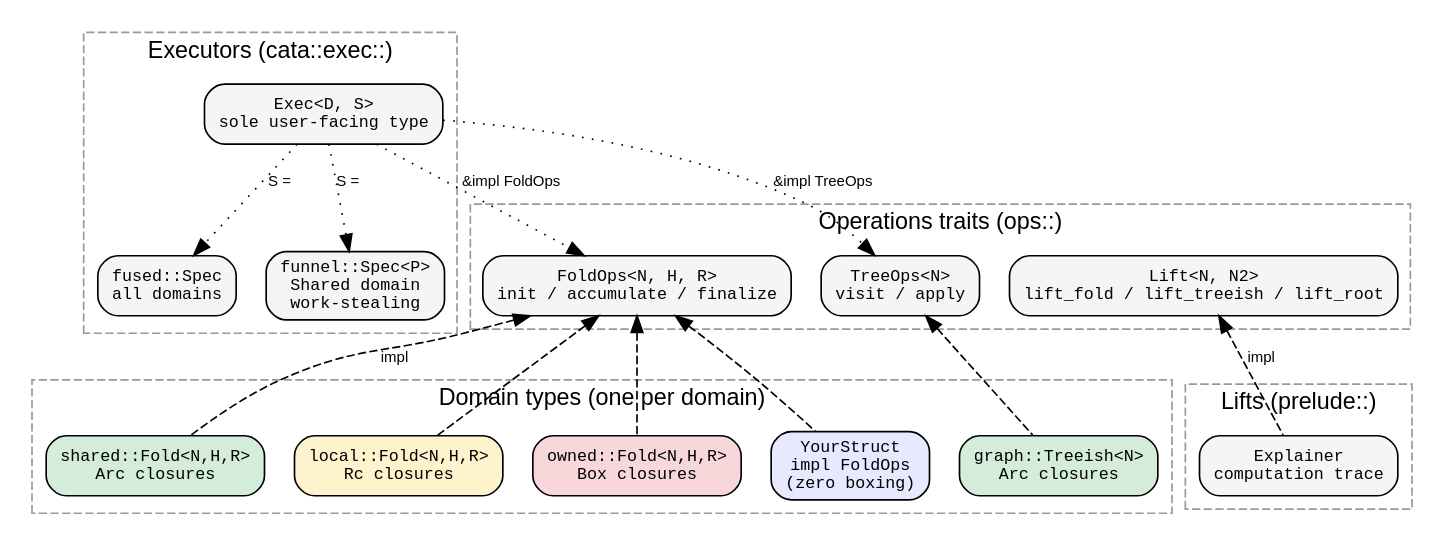
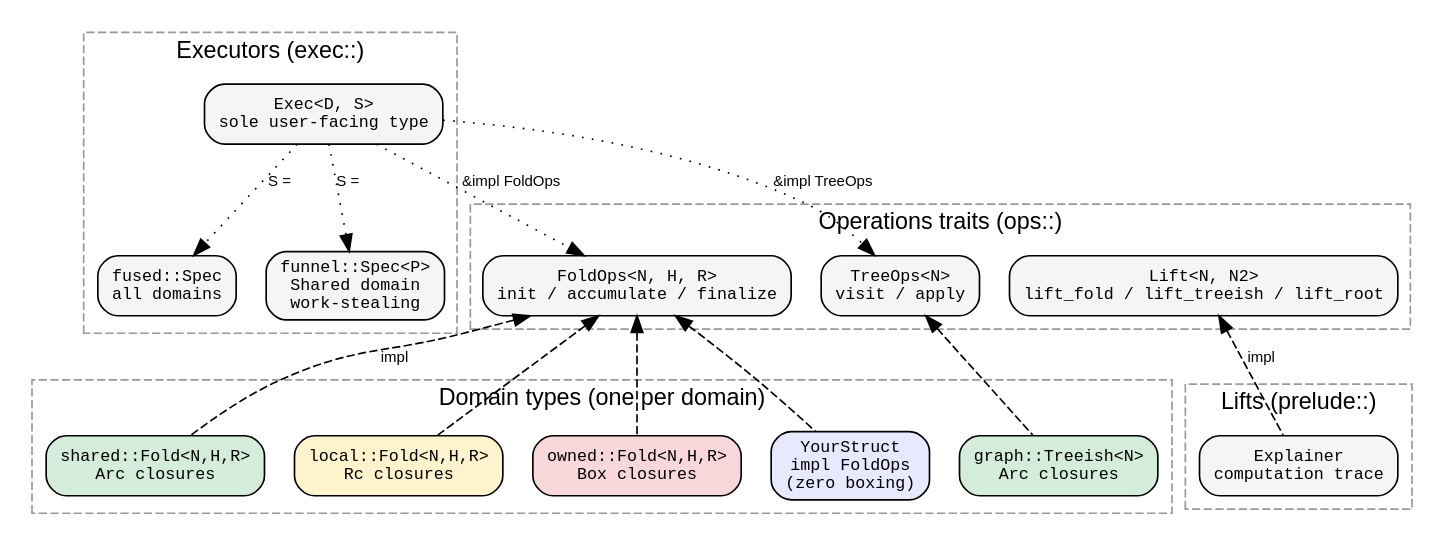
Before and after one commit to hylic-recursion/hylic-docs: the second of 3 diagrams in book/src/guides/concept_map.md, drawn with Graphviz. The commit also changed other lines of this file and 22 other files, not shown here.

````diff
--- a/book/src/guides/concept_map.md
+++ b/book/src/guides/concept_map.md
@@ -58,60 +58,60 @@
 ```dot process
 digraph {
     rankdir=TB;
     node [shape=box, style="rounded,filled", fillcolor="#f5f5f5", fontname="monospace", fontsize=10];
     edge [fontname="sans-serif", fontsize=9];
 
     subgraph cluster_traits {
         label="Operations traits (ops::)";
         style=dashed; color="#999999";
         fontname="sans-serif";
 
         FoldOps [label="FoldOps<N, H, R>\ninit / accumulate / finalize"];
         TreeOps [label="TreeOps<N>\nvisit / apply"];
         Lift [label="Lift<N, N2>\nlift_fold / lift_treeish / lift_root"];
     }
 
     subgraph cluster_concrete {
         label="Domain types (one per domain)";
         style=dashed; color="#999999";
         fontname="sans-serif";
 
         SharedFold [label="shared::Fold<N,H,R>\nArc closures", fillcolor="#d4edda"];
         SharedTree [label="graph::Treeish<N>\nArc closures", fillcolor="#d4edda"];
         LocalFold [label="local::Fold<N,H,R>\nRc closures", fillcolor="#fff3cd"];
         OwnedFold [label="owned::Fold<N,H,R>\nBox closures", fillcolor="#f8d7da"];
         UserStruct [label="YourStruct\nimpl FoldOps\n(zero boxing)", fillcolor="#e8e8ff"];
     }
 
     subgraph cluster_executors {
-        label="Executors (cata::exec::)";
+        label="Executors (exec::)";
         style=dashed; color="#999999";
         fontname="sans-serif";
 
         ExecDS [label="Exec<D, S>\nsole user-facing type"];
         FusedSpec [label="fused::Spec\nall domains"];
         FunnelSpec [label="funnel::Spec<P>\nShared domain\nwork-stealing"];
     }
 
     subgraph cluster_lifts {
         label="Lifts (prelude::)";
         style=dashed; color="#999999";
         fontname="sans-serif";
 
         Explainer [label="Explainer\ncomputation trace"];
     }
 
     FoldOps -> SharedFold [dir=back, style=dashed, label="impl"];
     FoldOps -> LocalFold [dir=back, style=dashed];
     FoldOps -> OwnedFold [dir=back, style=dashed];
     FoldOps -> UserStruct [dir=back, style=dashed];
     TreeOps -> SharedTree [dir=back, style=dashed];
 
     ExecDS -> FusedSpec [label="S =", style=dotted];
     ExecDS -> FunnelSpec [label="S =", style=dotted];
     ExecDS -> FoldOps [label="&impl FoldOps", style=dotted];
     ExecDS -> TreeOps [label="&impl TreeOps", style=dotted];
 
     Lift -> Explainer [dir=back, style=dashed, label="impl"];
 }
 ```
````
